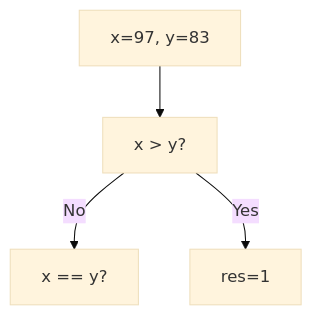
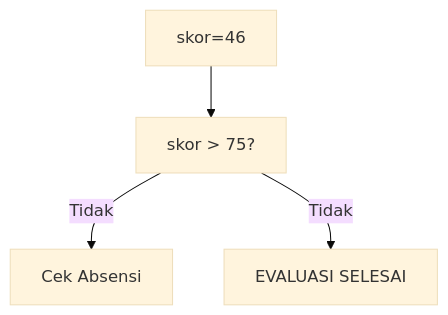
One commit to amnahwaida/OSNK_INF_PREP changed the ninth of 25 diagrams in part-c-pemahaman-cpp/02-percabangan/latihan/set-10.md. Above: the diagram before and after it, drawn with Mermaid (base theme). The commit also changed other lines of this file and 71 other files, not shown here.

````diff
--- a/part-c-pemahaman-cpp/02-percabangan/latihan/set-10.md
+++ b/part-c-pemahaman-cpp/02-percabangan/latihan/set-10.md
@@ -249,6 +261,6 @@
 ```mermaid
 graph TD
-A["x=97, y=83"] --> B["x > y?"]
-B -- No --> C["x == y?"]
-B -- Yes --> D[res=1]
+A["skor=46"] --> B["skor > 75?"]
+B -- Tidak --> C["Cek Absensi"]
+B -- Tidak --> D["EVALUASI SELESAI"]
 ```
````
